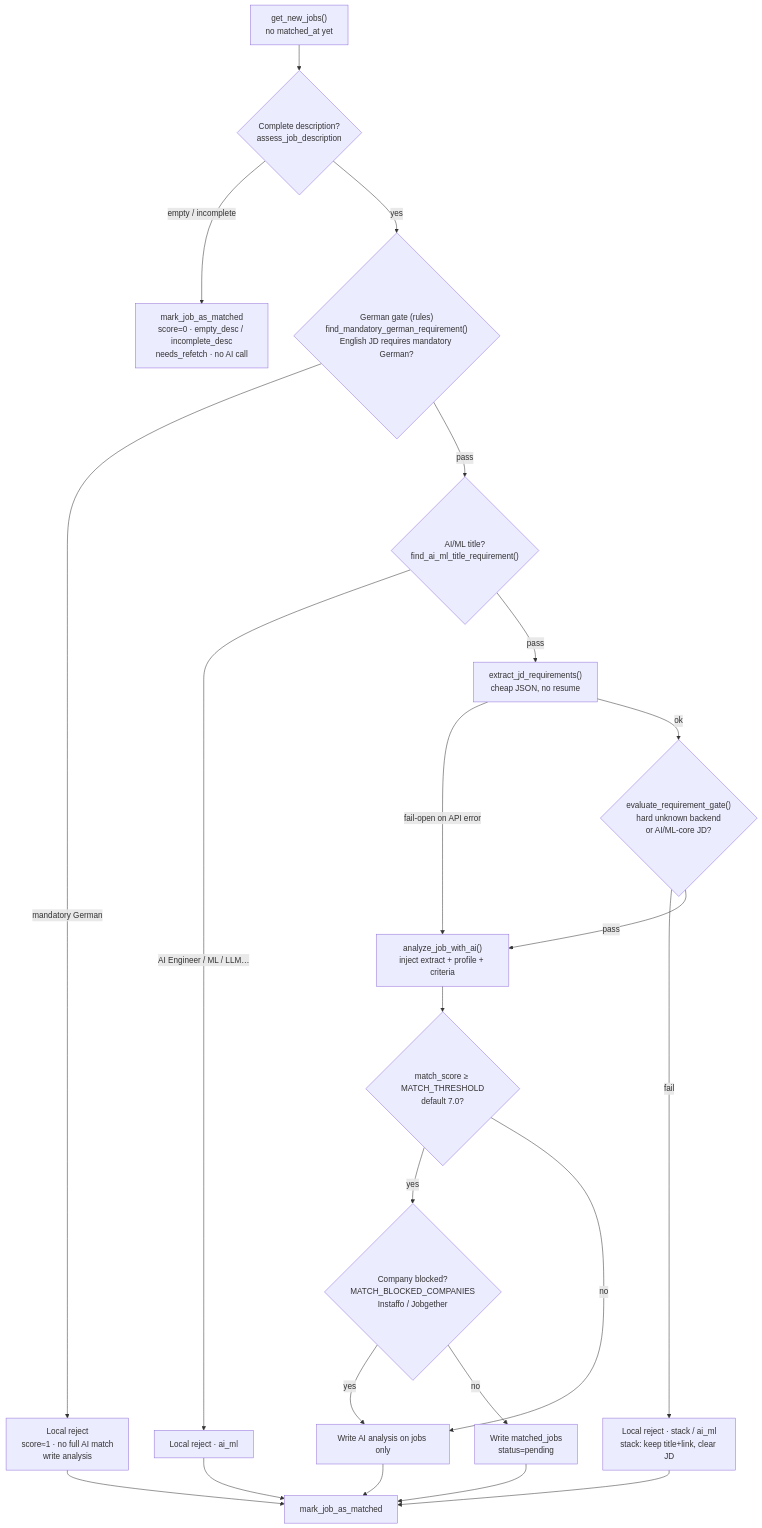
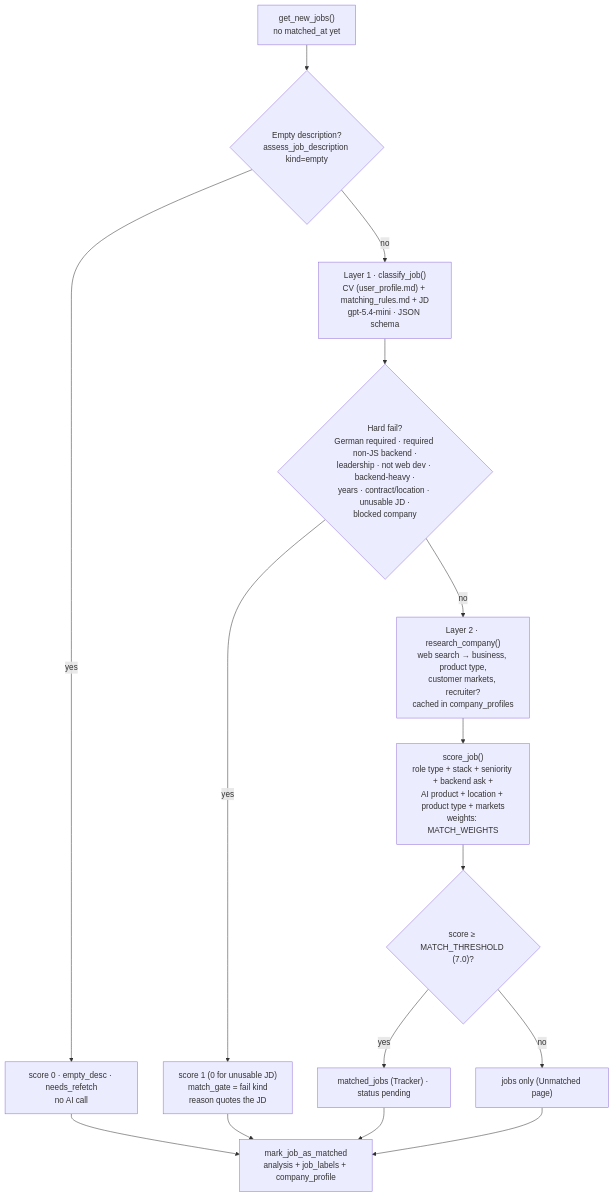
One commit to JialiNong/job_scraper changed the fourth of 4 diagrams in docs/architecture.md. Above: the diagram before and after it, drawn with Mermaid. The commit also changed other lines of this file and 27 other files, not shown here.

First line of the commit message:
feat: replace rule-heavy matcher with model labels + code scoring

````diff
--- a/docs/architecture.md
+++ b/docs/architecture.md
@@ -240,29 +241,18 @@
 ```mermaid
 flowchart TD
     New["get_new_jobs()<br/>no matched_at yet"]
-
-    New --> Empty{"Complete description?<br/>assess_job_description"}
-    Empty -->|empty / incomplete| FailEmpty["mark_job_as_matched<br/>score=0 · empty_desc / incomplete_desc<br/>needs_refetch · no AI call"]
-
-    Empty -->|yes| Gate{"German gate (rules)<br/>find_mandatory_german_requirement()<br/>English JD requires mandatory German?"}
-
-    Gate -->|mandatory German| FailDE["Local reject<br/>score≈1 · no full AI match<br/>write analysis"]
-    Gate -->|pass| TitleML{"AI/ML title?<br/>find_ai_ml_title_requirement()"}
-    TitleML -->|AI Engineer / ML / LLM…| FailML["Local reject · ai_ml"]
-    TitleML -->|pass| Extract["extract_jd_requirements()<br/>cheap JSON, no resume"]
-    Extract -->|fail-open on API error| AI
-    Extract -->|ok| ReqGate{"evaluate_requirement_gate()<br/>hard unknown backend<br/>or AI/ML-core JD?"}
-    ReqGate -->|fail| FailStack["Local reject · stack / ai_ml<br/>stack: keep title+link, clear JD"]
-    ReqGate -->|pass| AI["analyze_job_with_ai()<br/>inject extract + profile + criteria"]
-
-    AI --> Score{"match_score ≥ MATCH_THRESHOLD<br/>default 7.0?"}
-    Score -->|yes| Co{"Company blocked?<br/>MATCH_BLOCKED_COMPANIES<br/>Instaffo / Jobgether"}
-    Co -->|yes| OnlyJobs["Write AI analysis on jobs only"]
-    Co -->|no| MJ["Write matched_jobs<br/>status=pending"]
-    Score -->|no| OnlyJobs
-    MJ --> Mark["mark_job_as_matched"]
+    New --> Empty{"Empty description?<br/>assess_job_description kind=empty"}
+    Empty -->|yes| FailEmpty["score 0 · empty_desc · needs_refetch<br/>no AI call"]
+    Empty -->|no| L1["Layer 1 · classify_job()<br/>CV (user_profile.md) + matching_rules.md + JD<br/>gpt-5.4-mini · JSON schema"]
+    L1 --> Hard{"Hard fail?<br/>German required · required non-JS backend ·<br/>leadership · not web dev · backend-heavy ·<br/>years · contract/location · unusable JD ·<br/>blocked company"}
+    Hard -->|yes| FailHard["score 1 (0 for unusable JD)<br/>match_gate = fail kind<br/>reason quotes the JD"]
+    Hard -->|no| L2["Layer 2 · research_company()<br/>web search → business, product type,<br/>customer markets, recruiter?<br/>cached in company_profiles"]
+    L2 --> Score["score_job()<br/>role type + stack + seniority + backend ask +<br/>AI product + location + product type + markets<br/>weights: MATCH_WEIGHTS"]
+    Score --> T{"score ≥ MATCH_THRESHOLD (7.0)?"}
+    T -->|yes| MJ["matched_jobs (Tracker) · status pending"]
+    T -->|no| OnlyJobs["jobs only (Unmatched page)"]
+    MJ --> Mark["mark_job_as_matched<br/>analysis + job_labels + company_profile"]
     OnlyJobs --> Mark
-    FailDE --> Mark
-    FailML --> Mark
-    FailStack --> Mark
+    FailEmpty --> Mark
+    FailHard --> Mark
 ```
````
